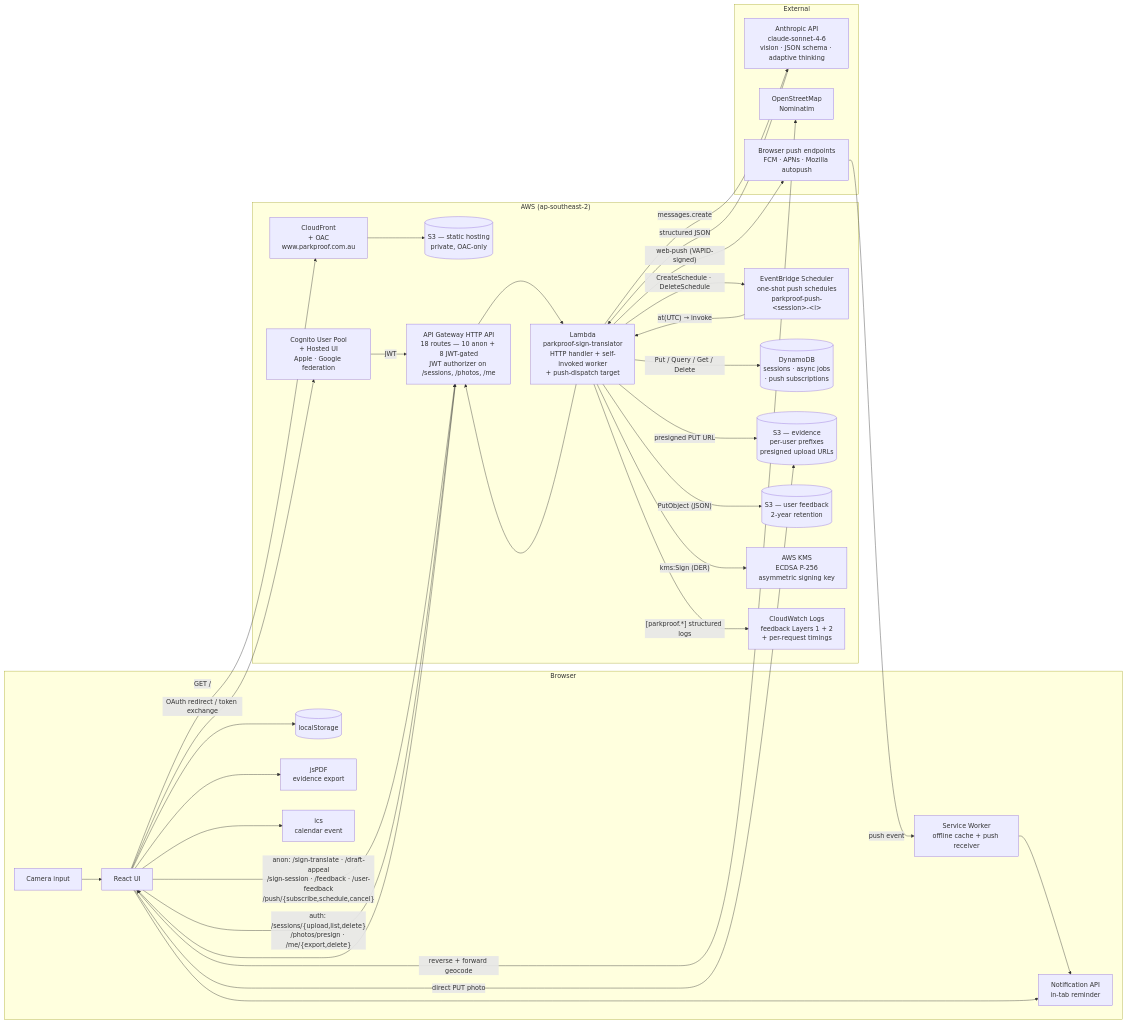
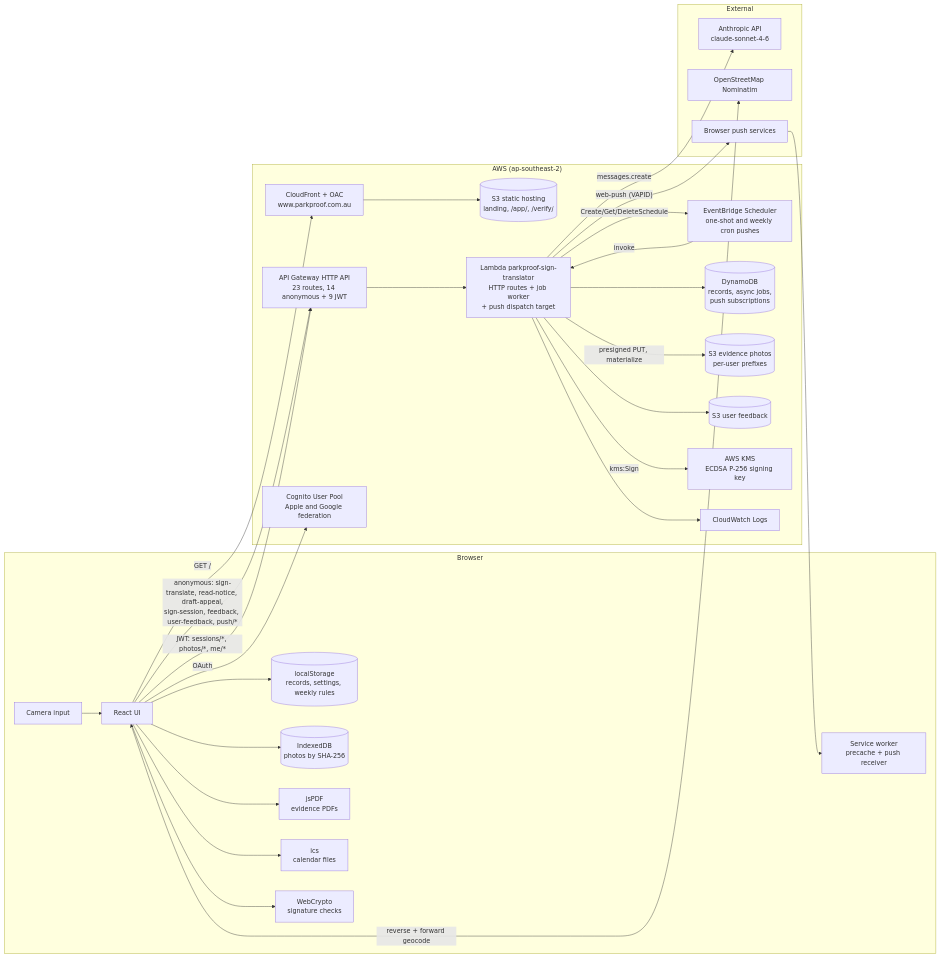
One commit to melroyds/parkproof changed the diagram in README.md. Above: the diagram before and after it, drawn with Mermaid. The commit also changed other lines of this file and 47 other files, not shown here.

````diff
--- a/README.md
+++ b/README.md
@@ -129,57 +140,54 @@
 ```mermaid
 flowchart LR
   subgraph Browser
     Cam[Camera input]
     UI[React UI]
-    SW[Service Worker<br/>offline cache + push receiver]
-    LS[(localStorage)]
-    PDF[jsPDF<br/>evidence export]
-    ICS[ics<br/>calendar event]
-    Notif[Notification API<br/>in-tab reminder]
+    SW[Service worker<br/>precache + push receiver]
+    LS[(localStorage<br/>records, settings, weekly rules)]
+    IDB[(IndexedDB<br/>photos by SHA-256)]
+    PDF[jsPDF<br/>evidence PDFs]
+    ICS[ics<br/>calendar files]
+    Ver[WebCrypto<br/>signature checks]
   end
 
   subgraph AWS["AWS (ap-southeast-2)"]
-    CF[CloudFront<br/>+ OAC<br/>www.parkproof.com.au]
-    S3App[(S3 — static hosting<br/>private, OAC-only)]
-    APIGW[API Gateway HTTP API<br/>18 routes — 10 anon + 8 JWT-gated<br/>JWT authorizer on /sessions, /photos, /me]
-    Lambda[Lambda<br/>parkproof-sign-translator<br/>HTTP handler + self-invoked worker<br/>+ push-dispatch target]
-    Sched[EventBridge Scheduler<br/>one-shot push schedules<br/>parkproof-push-&lt;session&gt;-&lt;i&gt;]
-    Cog[Cognito User Pool<br/>+ Hosted UI<br/>Apple · Google federation]
-    DDB[(DynamoDB<br/>sessions · async jobs<br/>· push subscriptions)]
-    S3Ev[(S3 — evidence<br/>per-user prefixes<br/>presigned upload URLs)]
-    S3Fb[(S3 — user feedback<br/>2-year retention)]
-    KMS[AWS KMS<br/>ECDSA P-256<br/>asymmetric signing key]
-    Logs[CloudWatch Logs<br/>feedback Layers 1 + 2<br/>+ per-request timings]
+    CF[CloudFront + OAC<br/>www.parkproof.com.au]
+    S3App[("S3 static hosting<br/>landing, /app/, /verify/")]
+    APIGW[API Gateway HTTP API<br/>23 routes, 14 anonymous + 9 JWT]
+    Lambda[Lambda parkproof-sign-translator<br/>HTTP routes + job worker<br/>+ push dispatch target]
+    Sched[EventBridge Scheduler<br/>one-shot and weekly cron pushes]
+    Cog[Cognito User Pool<br/>Apple and Google federation]
+    DDB[(DynamoDB<br/>records, async jobs,<br/>push subscriptions)]
+    S3Ev[(S3 evidence photos<br/>per-user prefixes)]
+    S3Fb[(S3 user feedback)]
+    KMS[AWS KMS<br/>ECDSA P-256 signing key]
+    Logs[CloudWatch Logs]
   end
 
   subgraph External
-    Claude[Anthropic API<br/>claude-sonnet-4-6<br/>vision · JSON schema · adaptive thinking]
-    Nom[OpenStreetMap<br/>Nominatim]
-    WebPush[Browser push endpoints<br/>FCM · APNs · Mozilla autopush]
+    Claude[Anthropic API<br/>claude-sonnet-4-6]
+    Nom[OpenStreetMap Nominatim]
+    WebPush[Browser push services]
   end
 
   Cam --> UI
   UI -- "GET /" --> CF --> S3App
-  UI -- "anon: /sign-translate · /draft-appeal<br/>/sign-session · /feedback · /user-feedback<br/>/push/{subscribe,schedule,cancel}" --> APIGW --> Lambda
-  UI -- "auth: /sessions/{upload,list,delete}<br/>/photos/presign · /me/{export,delete}" --> APIGW
-  UI -- "OAuth redirect / token exchange" --> Cog
-  Cog -- "JWT" --> APIGW
+  UI -- "anonymous: sign-translate, read-notice, draft-appeal,<br/>sign-session, feedback, user-feedback, push/*" --> APIGW --> Lambda
+  UI -- "JWT: sessions/*, photos/*, me/*" --> APIGW
+  UI -- "OAuth" --> Cog
   Lambda -- "messages.create" --> Claude
-  Claude -- "structured JSON" --> Lambda --> APIGW --> UI
-  Lambda -- "kms:Sign (DER)" --> KMS
-  Lambda -- "Put / Query / Get / Delete" --> DDB
-  Lambda -- "presigned PUT URL" --> S3Ev
-  UI -- "direct PUT photo" --> S3Ev
-  Lambda -- "PutObject (JSON)" --> S3Fb
-  Lambda -- "CreateSchedule · DeleteSchedule" --> Sched
-  Sched -- "at(UTC) → invoke" --> Lambda
-  Lambda -- "web-push (VAPID-signed)" --> WebPush
-  WebPush -- "push event" --> SW
-  SW --> Notif
-  Lambda -- "[parkproof.*] structured logs" --> Logs
+  Lambda -- "kms:Sign" --> KMS
+  Lambda --> DDB
+  Lambda -- "presigned PUT, materialize" --> S3Ev
+  Lambda --> S3Fb
+  Lambda -- "Create/Get/DeleteSchedule" --> Sched
+  Sched -- "invoke" --> Lambda
+  Lambda -- "web-push (VAPID)" --> WebPush --> SW
+  Lambda --> Logs
   UI <-- "reverse + forward geocode" --> Nom
   UI --> LS
+  UI --> IDB
   UI --> PDF
   UI --> ICS
-  UI --> Notif
+  UI --> Ver
 ```
````
